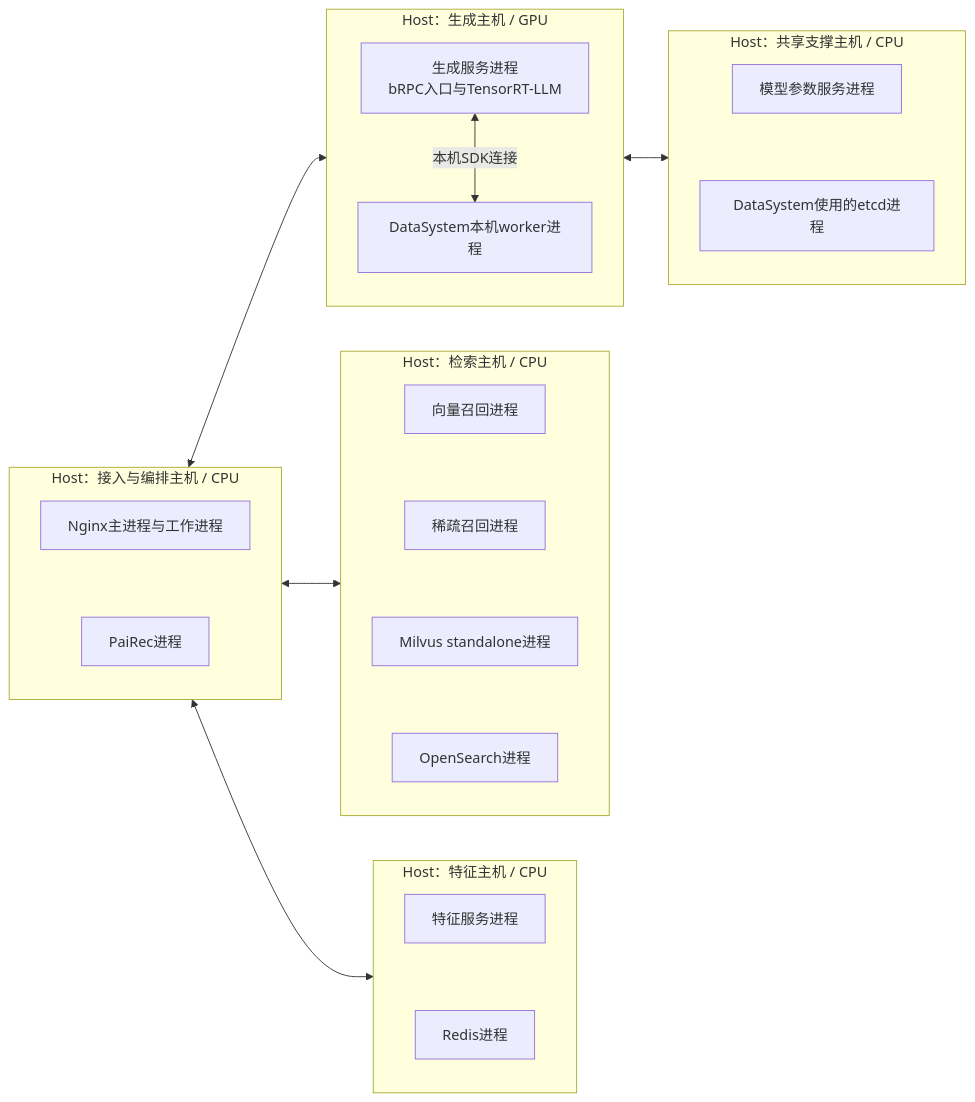
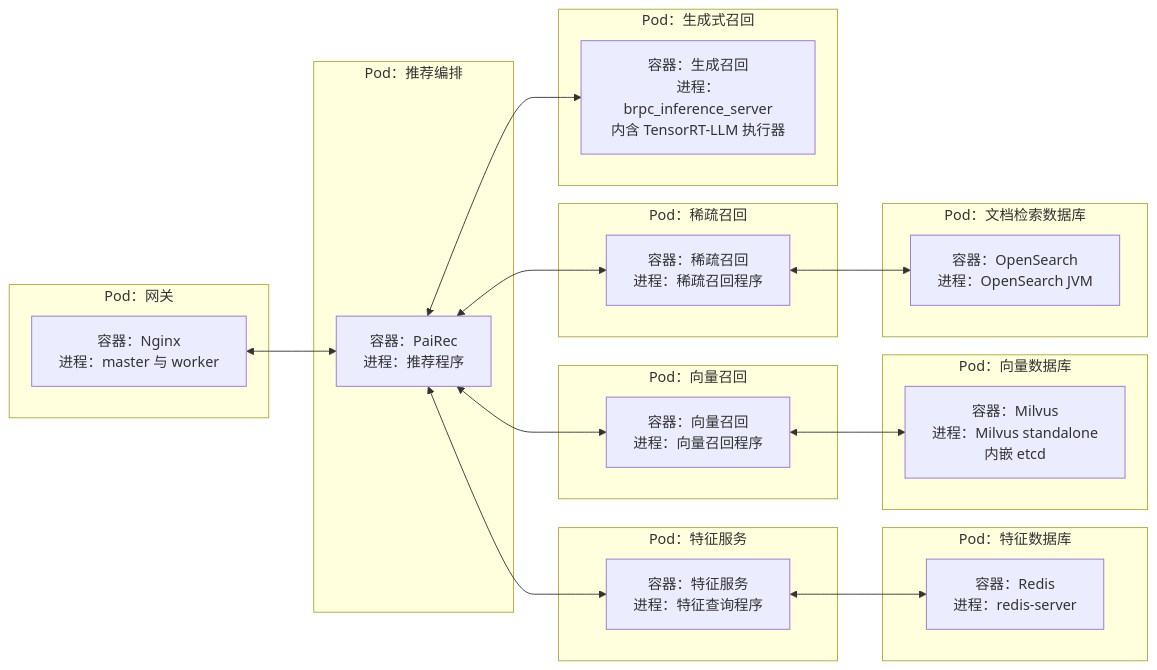
Before and after one commit to bitianyuan123/docs: the fifth of 8 diagrams in 01_system.md, drawn with Mermaid. The commit also changed other lines of this file and 85 other files, not shown here.

Commit message:
docs: expand logical L1 and replace host guesses with pod boundaries

````diff
--- a/01_system.md
+++ b/01_system.md
@@ -200,39 +184,38 @@
 ```mermaid
 flowchart LR
-    subgraph AppHost[Host：接入与编排主机 / CPU]
-        direction TB
-        N[Nginx主进程与工作进程]
-        P[PaiRec进程]
-        N ~~~ P
+    subgraph GatewayPod[Pod：网关]
+        N[容器：Nginx<br/>进程：master 与 worker]
     end
-    subgraph FeatureHost[Host：特征主机 / CPU]
-        direction TB
-        F[特征服务进程]
-        R[Redis进程]
-        F ~~~ R
+    subgraph OrchestratorPod[Pod：推荐编排]
+        P[容器：PaiRec<br/>进程：推荐程序]
     end
-    subgraph SearchHost[Host：检索主机 / CPU]
-        direction TB
-        V[向量召回进程]
-        S[稀疏召回进程]
-        M[Milvus standalone进程]
-        O[OpenSearch进程]
-        V ~~~ S ~~~ M ~~~ O
+    subgraph FeaturePod[Pod：特征服务]
+        F[容器：特征服务<br/>进程：特征查询程序]
     end
-    subgraph GenHost[Host：生成主机 / GPU]
-        direction TB
-        G[生成服务进程<br/>bRPC入口与TensorRT-LLM]
-        GW[DataSystem本机worker进程]
-        G <-->|本机SDK连接| GW
+    subgraph RedisPod[Pod：特征数据库]
+        R[容器：Redis<br/>进程：redis-server]
     end
-    subgraph SharedHost[Host：共享支撑主机 / CPU]
-        direction TB
-        PS[模型参数服务进程]
-        E[DataSystem使用的etcd进程]
-        PS ~~~ E
+    subgraph VectorPod[Pod：向量召回]
+        V[容器：向量召回<br/>进程：向量召回程序]
     end
-    AppHost <--> SearchHost
-    AppHost <--> GenHost
-    AppHost <--> FeatureHost
-    GenHost <--> SharedHost
+    subgraph MilvusPod[Pod：向量数据库]
+        M[容器：Milvus<br/>进程：Milvus standalone<br/>内嵌 etcd]
+    end
+    subgraph SparsePod[Pod：稀疏召回]
+        S[容器：稀疏召回<br/>进程：稀疏召回程序]
+    end
+    subgraph SearchPod[Pod：文档检索数据库]
+        O[容器：OpenSearch<br/>进程：OpenSearch JVM]
+    end
+    subgraph GenerationPod[Pod：生成式召回]
+        G[容器：生成召回<br/>进程：brpc_inference_server<br/>内含 TensorRT-LLM 执行器]
+    end
+    N <--> P
+    P <--> F
+    F <--> R
+    P <--> V
+    V <--> M
+    P <--> S
+    S <--> O
+    P <--> G
 ```
````
